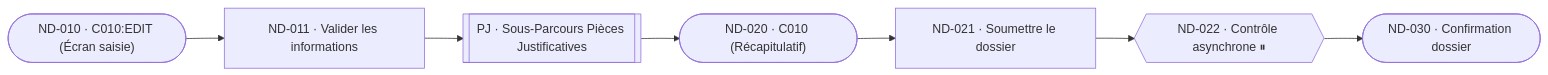
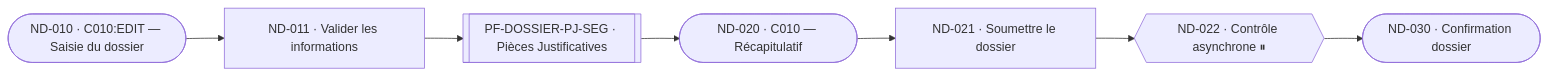
The diagram in ia_tools/templates/userflows/flow-collapsed.mmd (Pi0up/ai-skills), drawn with Mermaid before and after one commit. The commit also changed 25 other files, not shown here.

```diff
--- a/ia_tools/templates/userflows/flow-collapsed.mmd
+++ b/ia_tools/templates/userflows/flow-collapsed.mmd
@@ -1,29 +1,29 @@
-%%@file id=PF-DOSSIER-NOM project=DOSSIER kind=userflow view=collapsed uc=UC-DOSSIER obj=OBJ-DOSSIER-01 statut=nominal roles=MANAGER title="Parcours Nominal : Soumettre un Dossier" version="1.1" atterrissage=C010
+%%@file id=PF-DOSSIER-NOM project=DOSSIER kind=userflow view=collapsed uc=UC-DOSSIER uc_title="Constitution et soumission de dossier" obj=OBJ-DOSSIER-01 statut=nominal roles=MANAGER title="Soumettre un Dossier" version="1.2" atterrissage=C010
 %%@node ND010 code=C010:EDIT type=ECR order=1
 %%@node ND011 ref=FEAT-VALIDER-INFOS type=ACT order=2
 %%@node PJ code=PF-DOSSIER-PJ-SEG type=CALL order=3
 %%@node ND020 code=C010 type=ECR order=4
 %%@node ND021 ref=FEAT-SOUMETTRE type=ACT order=5
 %%@node ND022 type=ATT break=yes resume=ND030 persist=session delay=5m order=6
 %%@node ND030 code=D001 type=ECR order=7
 %%@edge ND010>ND011 kind=nominal
 %%@edge ND011>PJ kind=nominal
 %%@edge PJ>ND020 kind=nominal
 %%@edge ND020>ND021 kind=nominal
 %%@edge ND021>ND022 kind=nominal
 %%@edge ND022>ND030 kind=nominal
 flowchart LR
 
     %% --------------------------------------------------------------------------
     %% Séquence linéaire du parcours nominal (Fichier Brut Séparé)
     %% P3 : Séquence strictement linéaire sans embranchement interne
     %% --------------------------------------------------------------------------
-    ND010(["ND-010 · C010:EDIT (Écran saisie)"])
+    ND010(["ND-010 · C010:EDIT — Saisie du dossier"])
     ND011["ND-011 · Valider les informations"]
-    PJ[["PJ · Sous-Parcours Pièces Justificatives"]]
-    ND020(["ND-020 · C010 (Récapitulatif)"])
+    PJ[["PF-DOSSIER-PJ-SEG · Pièces Justificatives"]]
+    ND020(["ND-020 · C010 — Récapitulatif"])
     ND021["ND-021 · Soumettre le dossier"]
     ND022{{"ND-022 · Contrôle asynchrone ⏸"}}
     ND030(["ND-030 · Confirmation dossier"])
 
     ND010 --> ND011 --> PJ --> ND020 --> ND021 --> ND022 --> ND030
```
